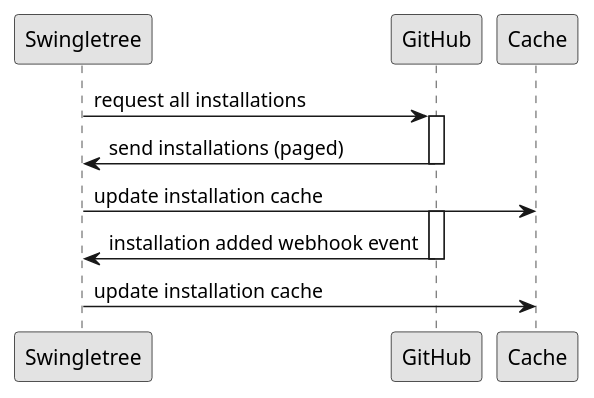
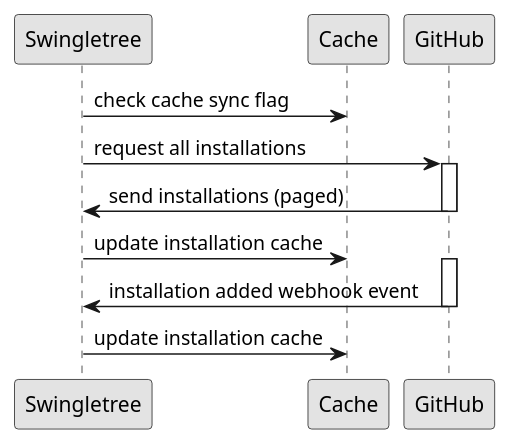
The second of 4 diagrams in docs/assets/swingletree.puml (swingletree-oss/swingletree), drawn with PlantUML before and after one commit. The commit also changed other lines of this file and 6 other files, not shown here.

```diff
--- a/docs/assets/swingletree.puml
+++ b/docs/assets/swingletree.puml
@@ -15,13 +15,15 @@
 @startuml startup-flow
   skinparam monochrome true
+
+  Swingletree -> Cache : check cache sync flag
 
   Swingletree -> GitHub : request all installations
   activate GitHub
   GitHub -> Swingletree: send installations (paged)
   deactivate GitHub
   Swingletree -> Cache: update installation cache
   activate GitHub
   GitHub -> Swingletree : installation added webhook event
   deactivate GitHub
   Swingletree -> Cache: update installation cache
 @enduml
```
